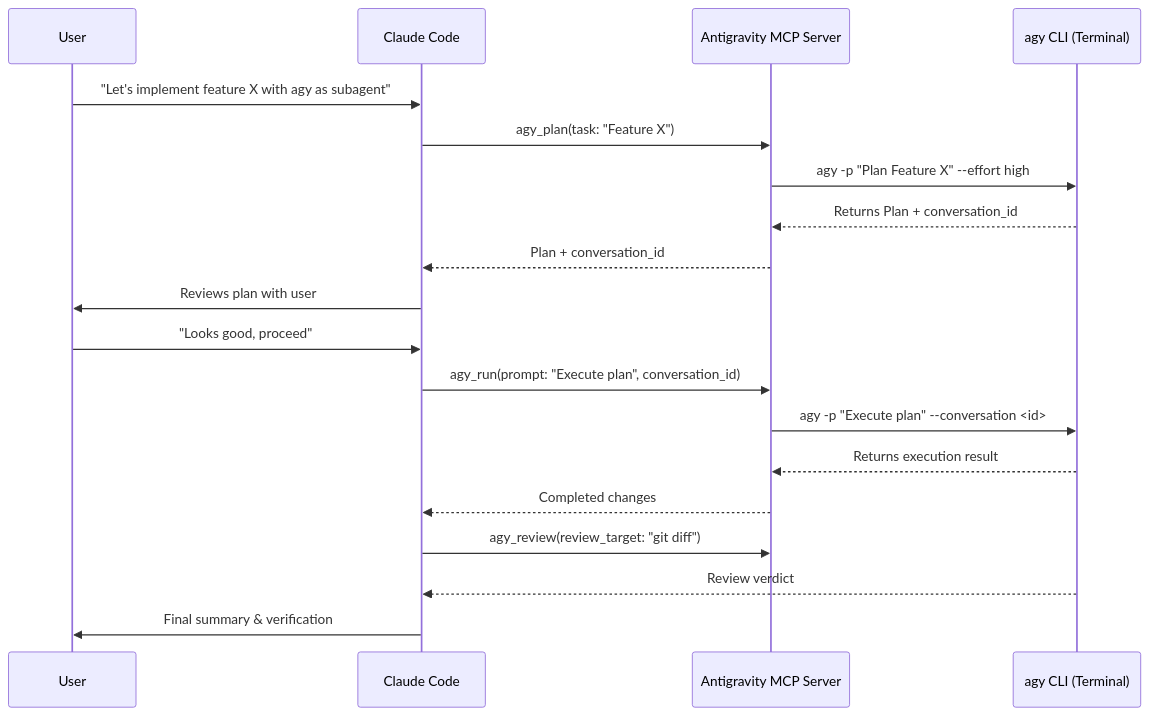
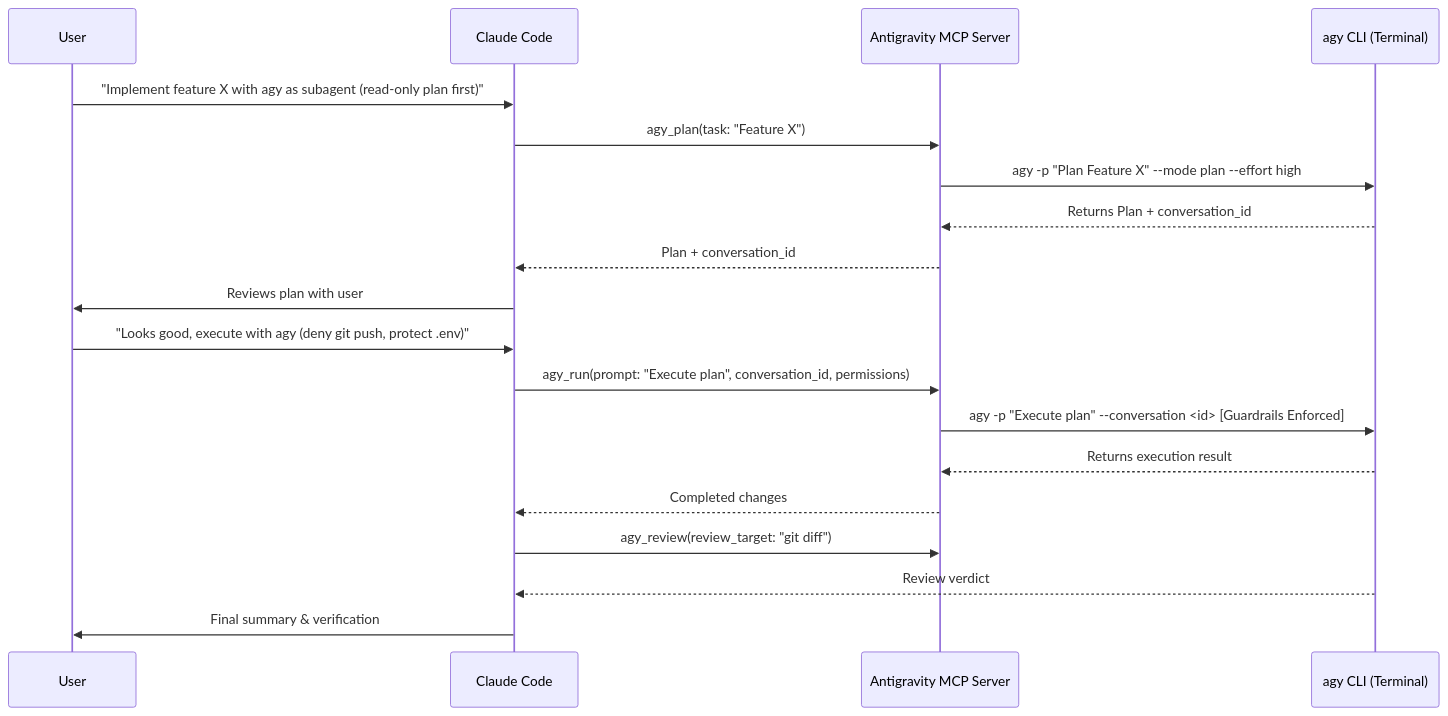
One commit to KZvilla/claude-plugin-antigravity changed the diagram in skills/antigravity/SKILL.md. Above: the diagram before and after it, drawn with Mermaid. The commit also changed other lines of this file and 3 other files, not shown here.

````diff
--- a/skills/antigravity/SKILL.md
+++ b/skills/antigravity/SKILL.md
@@ -74,22 +105,22 @@
 ```mermaid
 sequenceDiagram
     participant User
     participant Claude as Claude Code
     participant MCP as Antigravity MCP Server
     participant AGY as agy CLI (Terminal)
 
-    User->>Claude: "Let's implement feature X with agy as subagent"
+    User->>Claude: "Implement feature X with agy as subagent (read-only plan first)"
     Claude->>MCP: agy_plan(task: "Feature X")
-    MCP->>AGY: agy -p "Plan Feature X" --effort high
+    MCP->>AGY: agy -p "Plan Feature X" --mode plan --effort high
     AGY-->>MCP: Returns Plan + conversation_id
     MCP-->>Claude: Plan + conversation_id
     Claude->>User: Reviews plan with user
-    User->>Claude: "Looks good, proceed"
-    Claude->>MCP: agy_run(prompt: "Execute plan", conversation_id)
-    MCP->>AGY: agy -p "Execute plan" --conversation <id>
+    User->>Claude: "Looks good, execute with agy (deny git push, protect .env)"
+    Claude->>MCP: agy_run(prompt: "Execute plan", conversation_id, permissions)
+    MCP->>AGY: agy -p "Execute plan" --conversation <id> [Guardrails Enforced]
     AGY-->>MCP: Returns execution result
     MCP-->>Claude: Completed changes
     Claude->>MCP: agy_review(review_target: "git diff")
     AGY-->>Claude: Review verdict
     Claude->>User: Final summary & verification
 ```
````
